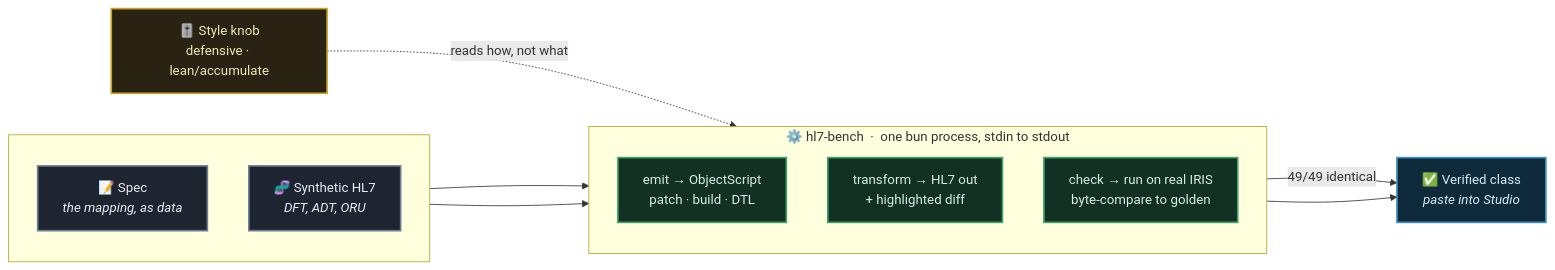
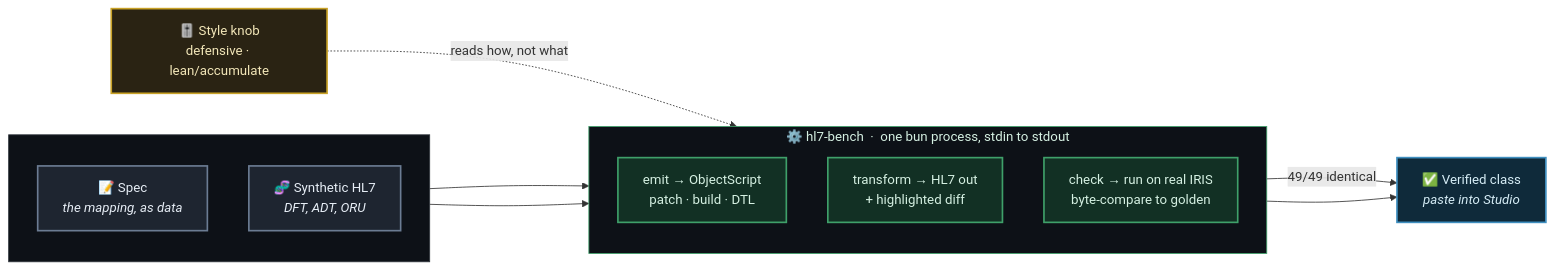
One commit to iacsha/hl7-bench changed the diagram in Assets/hl7-bench-loop.mmd. Above: the diagram before and after it, drawn with Mermaid. The commit also changed 1 other file, not shown here.

Commit message:
Blend the README diagram subgraphs into the dark theme
The default subgraph fill rendered pale on a dark background; style IN
and BENCH to the page background so the boxes read as containers, not
blocks.

```diff
--- a/Assets/hl7-bench-loop.mmd
+++ b/Assets/hl7-bench-loop.mmd
@@ -1,33 +1,36 @@
 %% hl7-bench: one process, spec and message in, verified ObjectScript out.
 %% Render to PNG before use. GitHub renders mermaid inline; LinkedIn does not.
 flowchart LR
     subgraph IN[" "]
         direction TB
         SPEC["📝 Spec<br/><i>the mapping, as data</i>"]
         MSG["🧬 Synthetic HL7<br/><i>DFT, ADT, ORU</i>"]
     end
 
     SPEC --> BENCH
     MSG --> BENCH
 
     subgraph BENCH["⚙️ hl7-bench &nbsp;·&nbsp; one bun process, stdin to stdout"]
         direction TB
         EMIT["emit → ObjectScript<br/>patch · build · DTL"]
         XFORM["transform → HL7 out<br/>+ highlighted diff"]
         CHECK["check → run on real IRIS<br/>byte-compare to golden"]
     end
 
     STYLE["🎚️ Style knob<br/>defensive · lean/accumulate"] -.->|reads how, not what| EMIT
 
     BENCH --> OUT["✅ Verified class<br/><i>paste into Studio</i>"]
     CHECK -->|"49/49 identical"| OUT
 
     classDef in fill:#1e2530,stroke:#6b7c93,color:#e6edf5,stroke-width:2px
     classDef bench fill:#123024,stroke:#3fa06a,color:#d5f0e2,stroke-width:2px
     classDef knob fill:#2a2313,stroke:#c9a227,color:#f2e6b8,stroke-width:2px
     classDef out fill:#0f2a3a,stroke:#3f8fc0,color:#d5ecf5,stroke-width:2px
 
     class SPEC,MSG in
     class EMIT,XFORM,CHECK bench
     class STYLE knob
     class OUT out
+
+    style IN fill:#0d1117,stroke:#30363d,color:#e6edf5
+    style BENCH fill:#0d1117,stroke:#3fa06a,color:#d5f0e2
```
